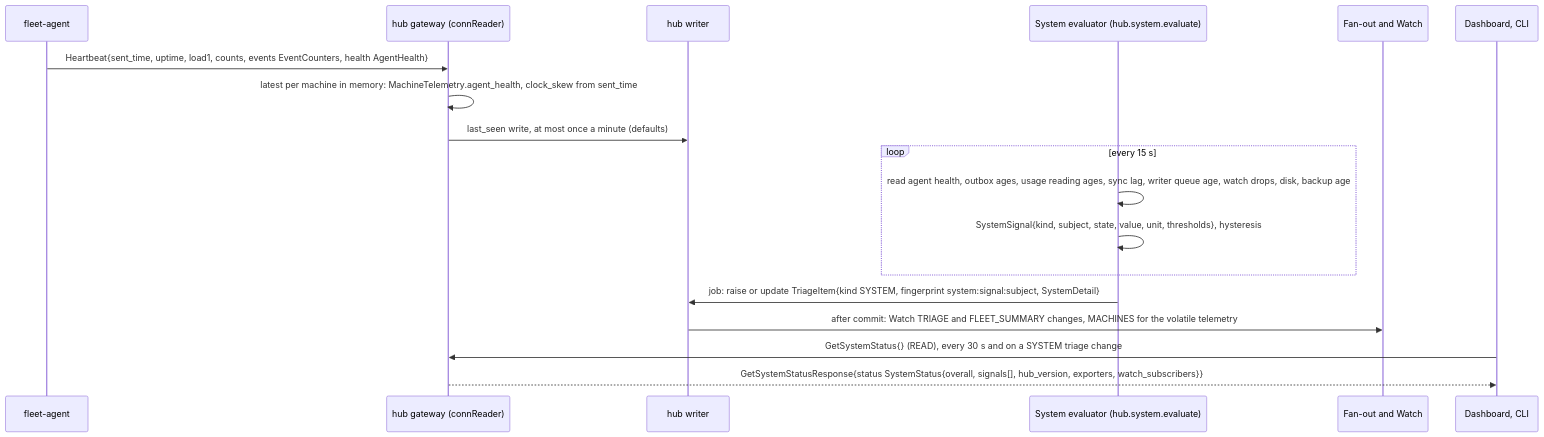
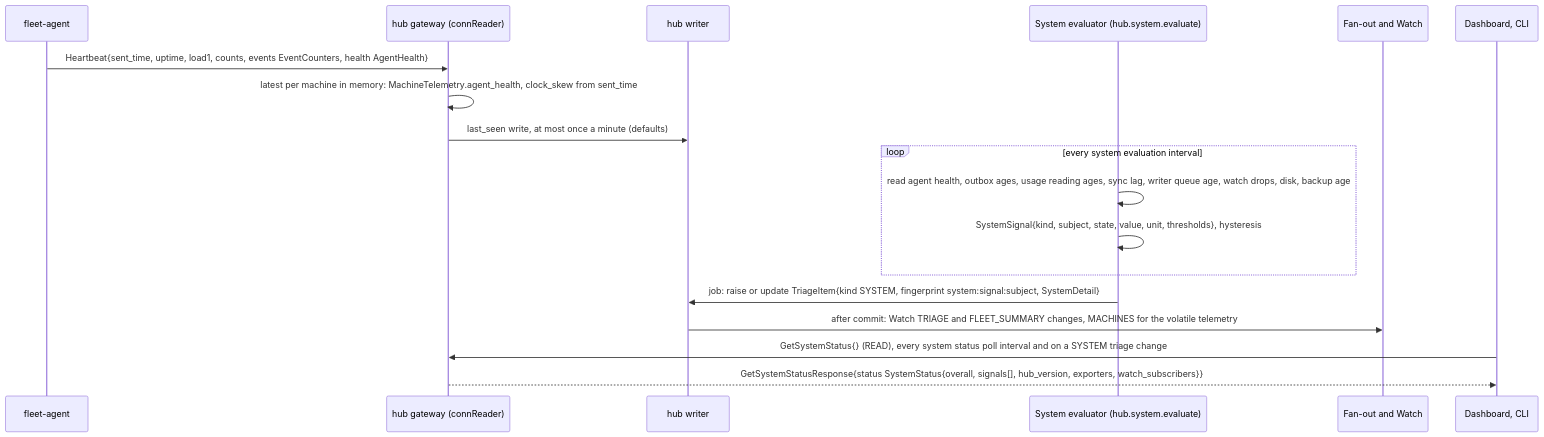
Before and after one commit to linuxdynasty/fleet-board: the diagram in docs/specs/05b-observability.md, drawn with Mermaid. The commit also changed other lines of this file and 17 other files, not shown here.

First line of the commit message:
docs(specs): move the five flow diagrams that no spec had, defaults rows for the rest, 01c citations to verified-facts

````diff
--- a/docs/specs/05b-observability.md
+++ b/docs/specs/05b-observability.md
@@ -217,20 +217,20 @@
 ```mermaid
 sequenceDiagram
   participant A as fleet-agent
   participant G as hub gateway (connReader)
   participant W as hub writer
   participant E as System evaluator (hub.system.evaluate)
   participant F as Fan-out and Watch
   participant D as Dashboard, CLI
   A->>G: Heartbeat{sent_time, uptime, load1, counts, events EventCounters, health AgentHealth}
   G->>G: latest per machine in memory: MachineTelemetry.agent_health, clock_skew from sent_time
   G->>W: last_seen write, at most once a minute (defaults)
-  loop every 15 s
+  loop every system evaluation interval
     E->>E: read agent health, outbox ages, usage reading ages, sync lag, writer queue age, watch drops, disk, backup age
     E->>E: SystemSignal{kind, subject, state, value, unit, thresholds}, hysteresis
   end
   E->>W: job: raise or update TriageItem{kind SYSTEM, fingerprint system:signal:subject, SystemDetail}
   W->>F: after commit: Watch TRIAGE and FLEET_SUMMARY changes, MACHINES for the volatile telemetry
-  D->>G: GetSystemStatus{} (READ), every 30 s and on a SYSTEM triage change
+  D->>G: GetSystemStatus{} (READ), every system status poll interval and on a SYSTEM triage change
   G-->>D: GetSystemStatusResponse{status SystemStatus{overall, signals[], hub_version, exporters, watch_subscribers}}
 ```
````
